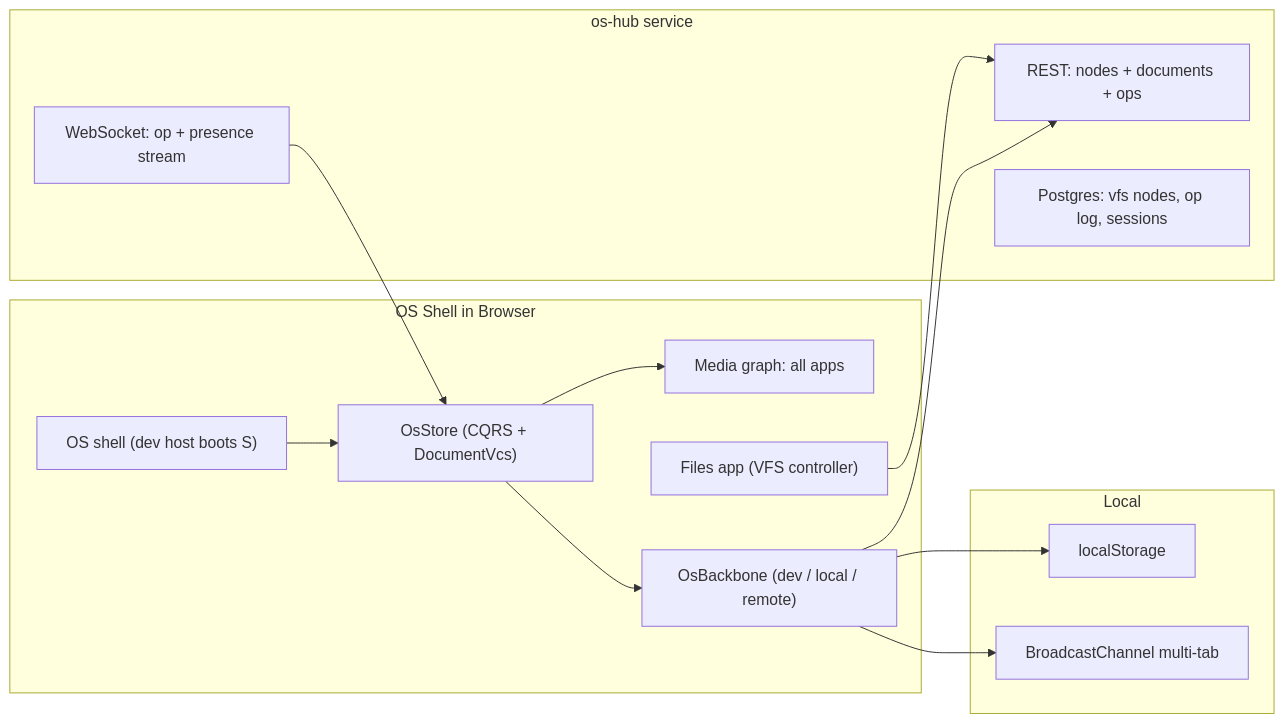
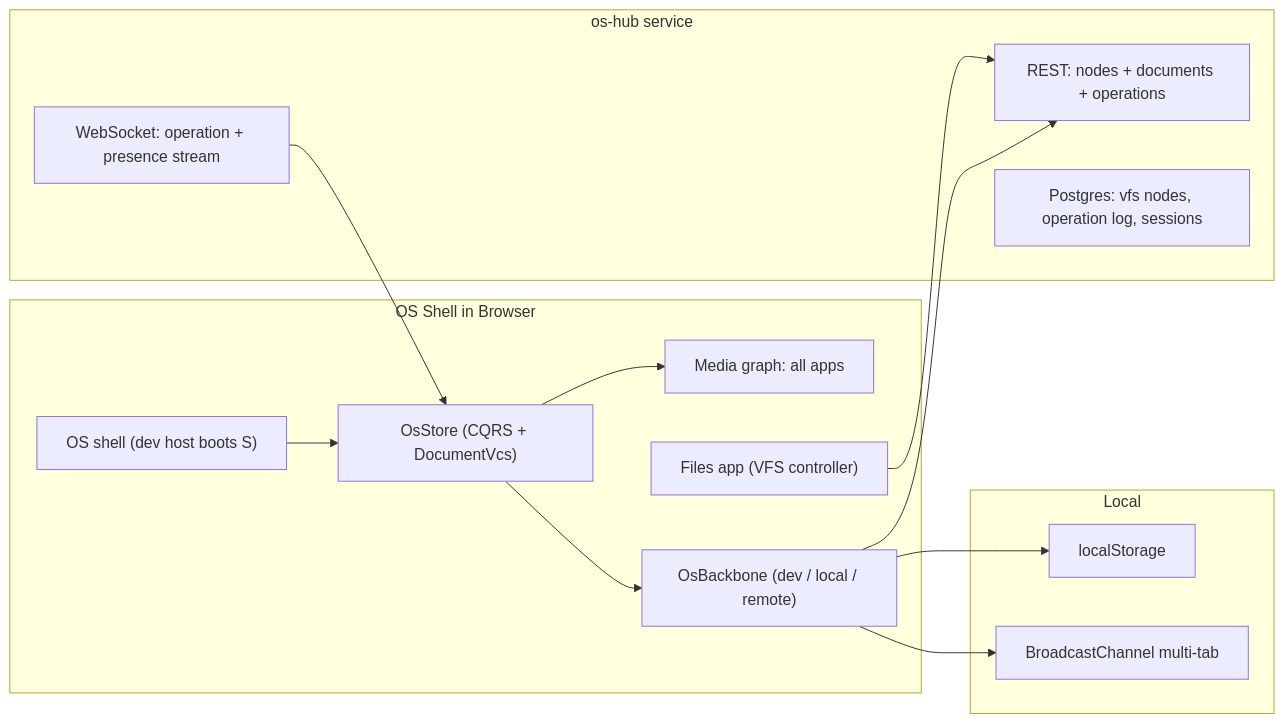
Before and after one commit to usalu/semio: the diagram in .cursor/plans/s_as_collaborative_os_c379b520.plan.md, drawn with Mermaid. The commit also changed other lines of this file and 513 other files, not shown here.

````diff
--- a/.cursor/plans/s_as_collaborative_os_c379b520.plan.md
+++ b/.cursor/plans/s_as_collaborative_os_c379b520.plan.md
@@ -47,26 +47,26 @@
 ```mermaid
 flowchart LR
   subgraph browser [OS Shell in Browser]
     Shell["OS shell (dev host boots S)"]
     Store["OsStore (CQRS + DocumentVcs)"]
     Media["Media graph: all apps"]
     FilesApp["Files app (VFS controller)"]
     BB["OsBackbone (dev / local / remote)"]
   end
   subgraph localsync [Local]
     LS["localStorage"]
     BC["BroadcastChannel multi-tab"]
   end
   subgraph hub [os-hub service]
-    Rest["REST: nodes + documents + ops"]
-    Ws["WebSocket: op + presence stream"]
-    Pg["Postgres: vfs nodes, op log, sessions"]
+    Rest["REST: nodes + documents + operations"]
+    Ws["WebSocket: operation + presence stream"]
+    Pg["Postgres: vfs nodes, operation log, sessions"]
   end
   Shell --> Store --> Media
   Store --> BB
   BB --> LS
   BB --> BC
   BB --> Rest
   Ws --> Store
   FilesApp --> Rest
 ```
````
